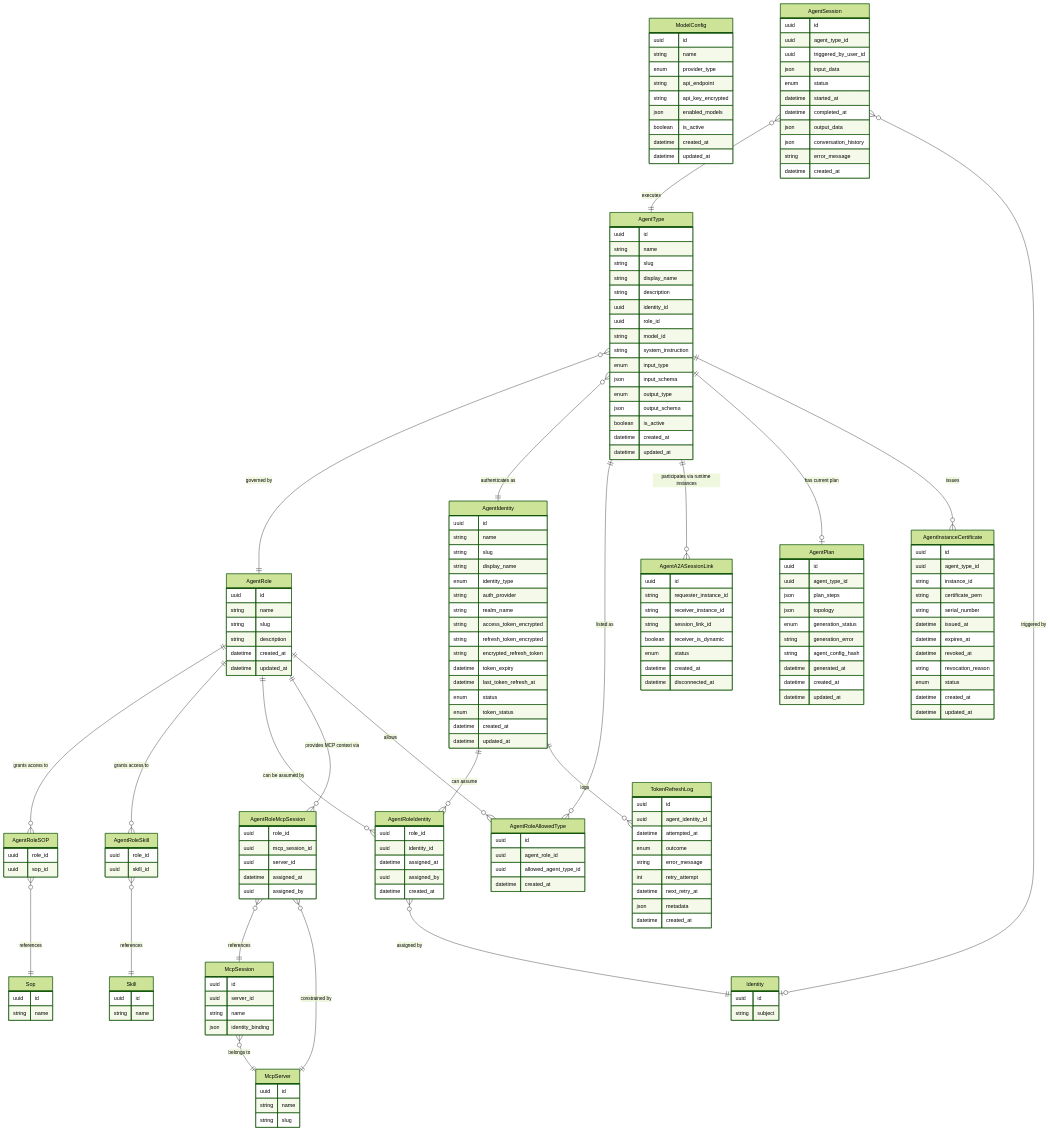
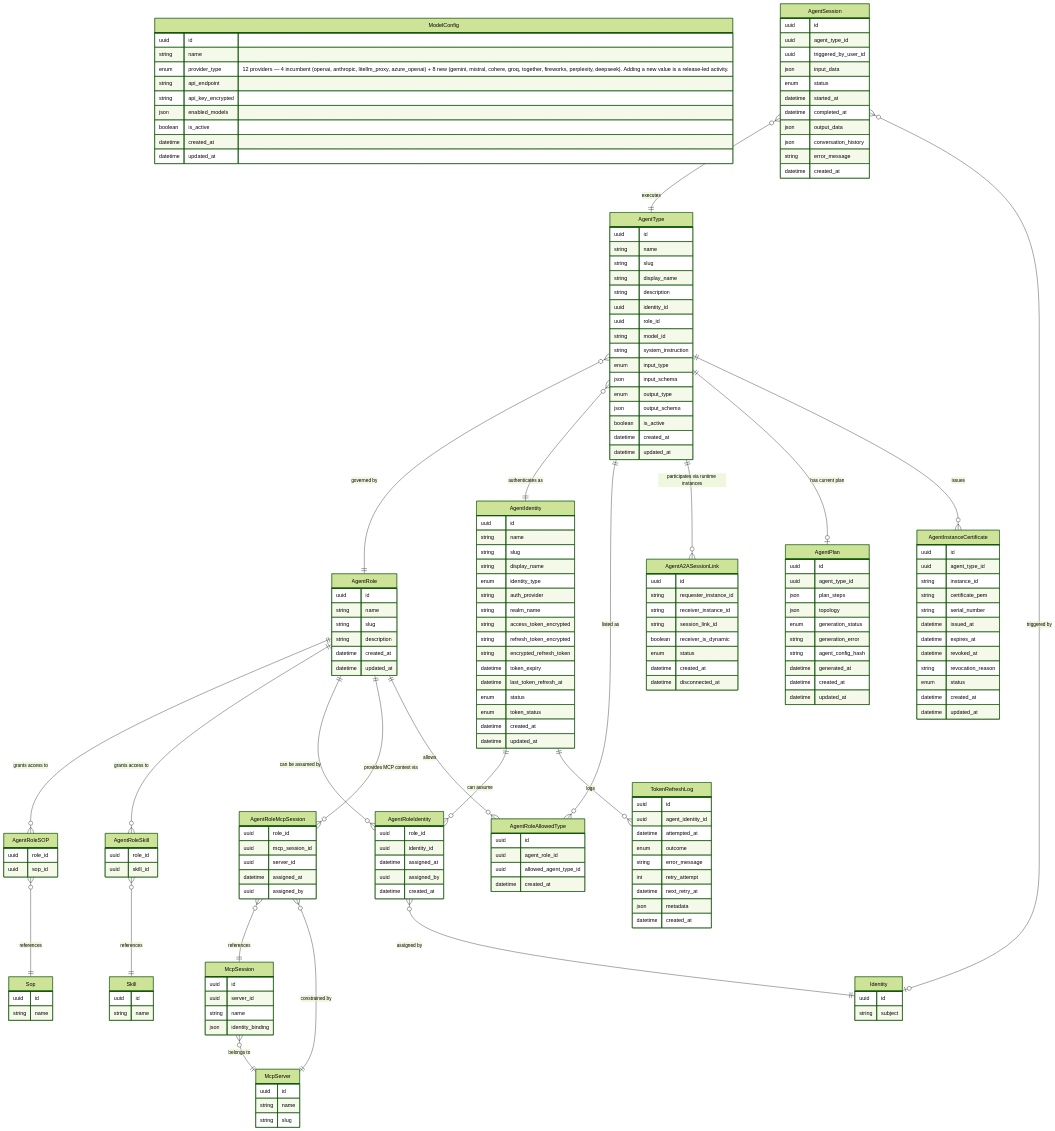
The first of 2 diagrams in docs/master/data-model/modules/agents/entities.md (hurungang/parthenon), drawn with Mermaid (forest theme) before and after one commit. The commit also changed 66 other files, not shown here.

```diff
--- a/docs/master/data-model/modules/agents/entities.md
+++ b/docs/master/data-model/modules/agents/entities.md
@@ -5,7 +5,7 @@
     ModelConfig {
         uuid id
         string name
-        enum provider_type
+        enum provider_type "12 providers — 4 incumbent (openai, anthropic, litellm_proxy, azure_openai) + 8 new (gemini, mistral, cohere, groq, together, fireworks, perplexity, deepseek). Adding a new value is a release-led activity."
         string api_endpoint
         string api_key_encrypted
         json enabled_models
```
